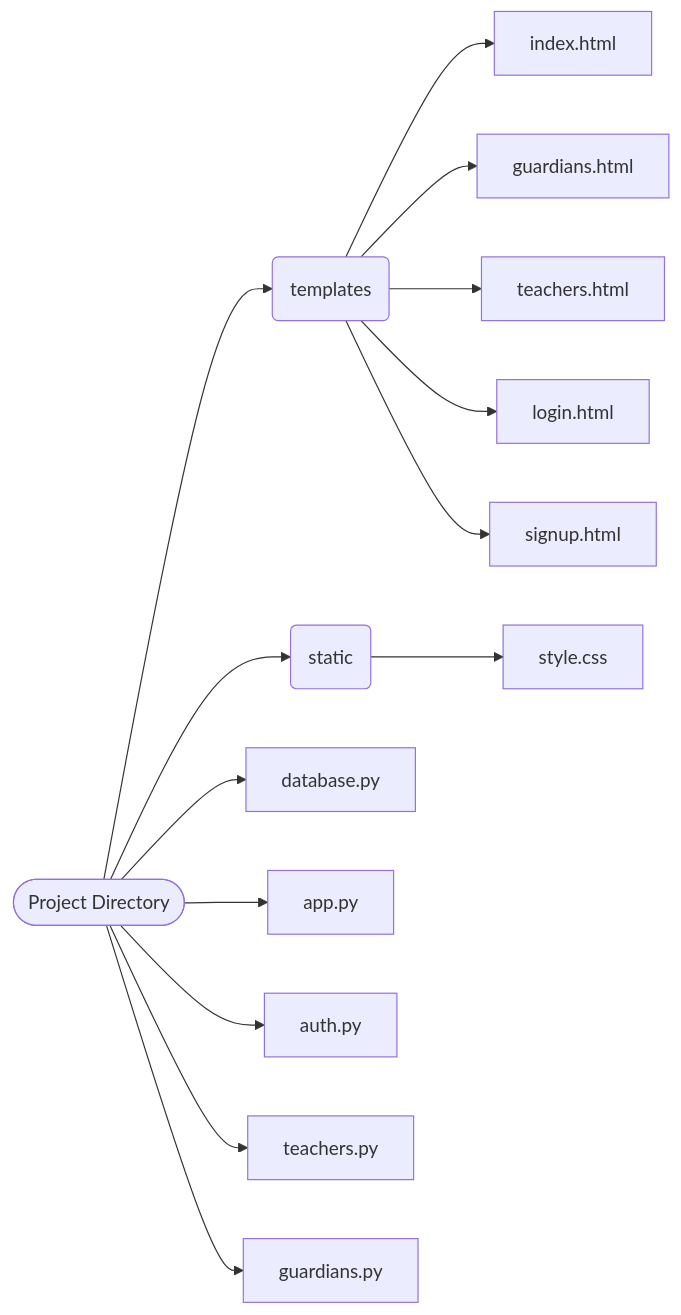
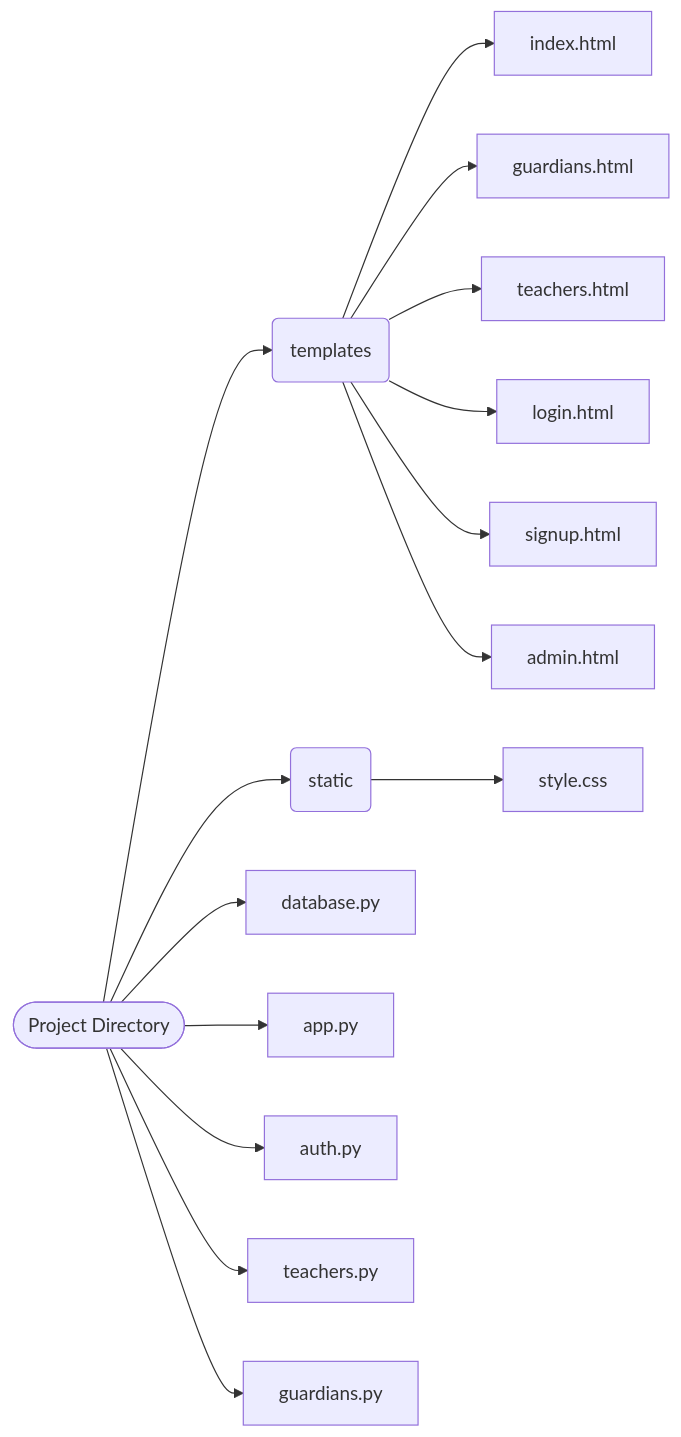
Before and after one commit to Marsuvees/childrens-church-management-and-pickup-system: the first of 2 diagrams in Pages and Structure.md, drawn with Mermaid. The commit also changed other lines of this file and 1 other file, not shown here.

````diff
--- a/Pages and Structure.md
+++ b/Pages and Structure.md
@@ -4,22 +4,23 @@
 ```mermaid
 graph LR;
 
 A([Project Directory])
 A --> B(templates)
 A --> C(static)
 A --> A1[database.py]
 A --> A2[app.py]
 A --> A3[auth.py]
 A --> A4[teachers.py]
 A --> A5[guardians.py]
 
   
 B --> B1[index.html]
 B --> B2[guardians.html]
 B --> B3[teachers.html]
 B --> B4[login.html]
 B --> B5[signup.html]
+B --> B6[admin.html]
 
 C --> C1[style.css]
 
 ```
````
